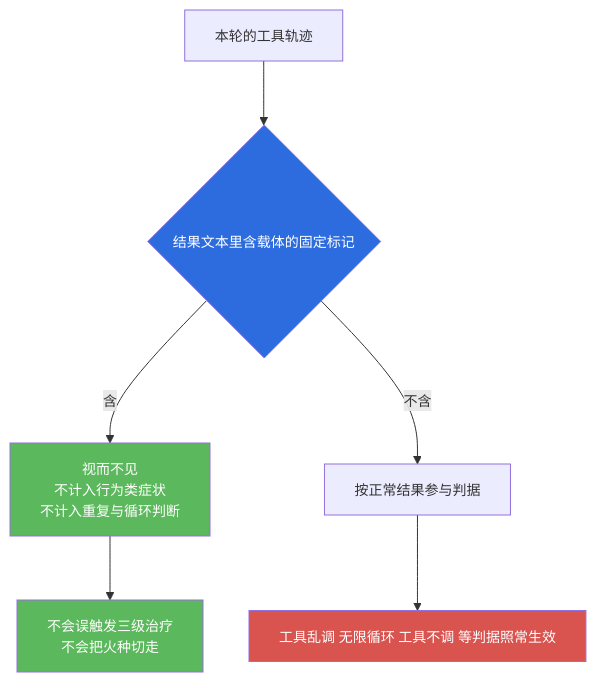
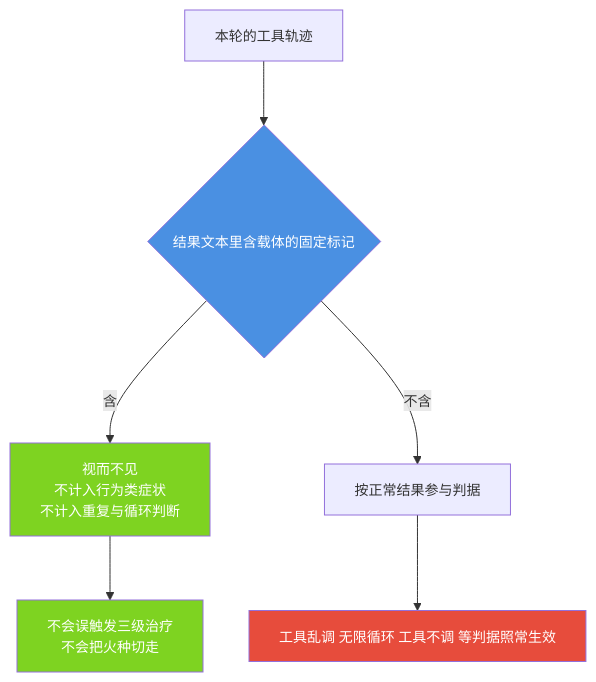
The fourth of 7 diagrams in docs/modules/04-health.md (jiangchuangege/xiaojiao-harnees), drawn with Mermaid before and after one commit. The commit also changed other lines of this file and 32 other files, not shown here.

Commit message:
统一：全仓原理图配色到一套调色板 + 给 12 张灰图补色 + 修正自己会睡那张过期图

````diff
--- a/docs/modules/04-health.md
+++ b/docs/modules/04-health.md
@@ -268,14 +268,14 @@
 ```mermaid
 %%{init: {"themeVariables": {"fontSize": "14px"}, "flowchart": {"htmlLabels": true, "wrappingWidth": 340, "nodeSpacing": 46, "rankSpacing": 64, "useMaxWidth": true}}}%%
 flowchart TB
     TR["本轮的工具轨迹"] --> CH{"结果文本里含载体的固定标记"}
     CH -->|含| SKIP["视而不见<br/>不计入行为类症状<br/>不计入重复与循环判断"]
     CH -->|不含| NORM["按正常结果参与判据"]
     SKIP --> OUT1["不会误触发三级治疗<br/>不会把火种切走"]
     NORM --> OUT2["工具乱调 无限循环 工具不调 等判据照常生效"]
 
-    style CH fill:#2d6cdf,color:#fff
-    style SKIP fill:#5cb85c,color:#fff
-    style OUT1 fill:#5cb85c,color:#fff
-    style OUT2 fill:#d9534f,color:#fff
+    style CH fill:#4A90E2,color:#fff
+    style SKIP fill:#7ED321,color:#fff
+    style OUT1 fill:#7ED321,color:#fff
+    style OUT2 fill:#E74C3C,color:#fff
 ```
````
